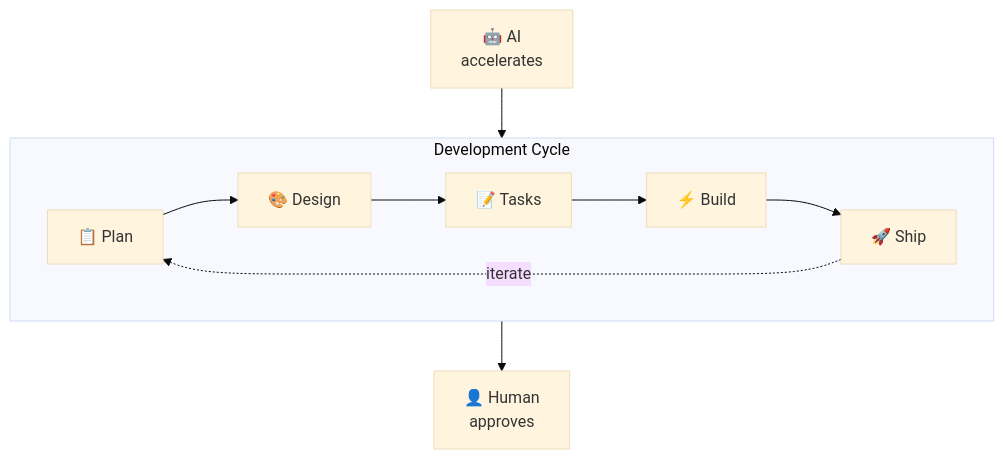
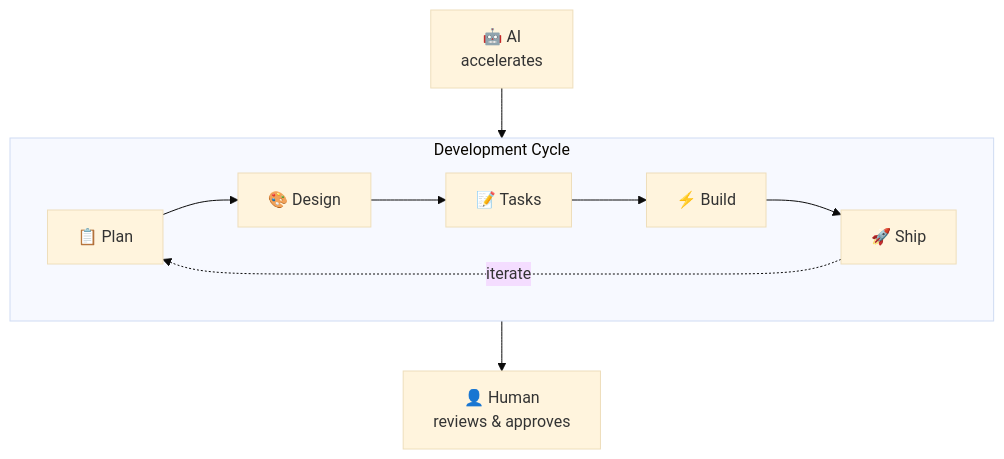
One commit to cliangdev/specflux changed the diagram in README.md. Above: the diagram before and after it, drawn with Mermaid (base theme). The commit also changed other lines of this file, not shown here.

Commit message:
docs: update Human role to "reviews & approves"
🤖 Generated with [Claude Code](https://claude.com/claude-code)

````diff
--- a/README.md
+++ b/README.md
@@ -28,12 +28,12 @@
 ```mermaid
 flowchart TB
     subgraph Cycle ["Development Cycle"]
         direction LR
         Plan["📋 Plan"] --> Design["🎨 Design"] --> Tasks["📝 Tasks"] --> Build["⚡ Build"] --> Ship["🚀 Ship"]
     end
 
     Ship -.->|iterate| Plan
 
     AI["🤖 AI<br/>accelerates"] --> Cycle
-    Cycle --> Human["👤 Human<br/>approves"]
+    Cycle --> Human["👤 Human<br/>reviews & approves"]
 ```
````
